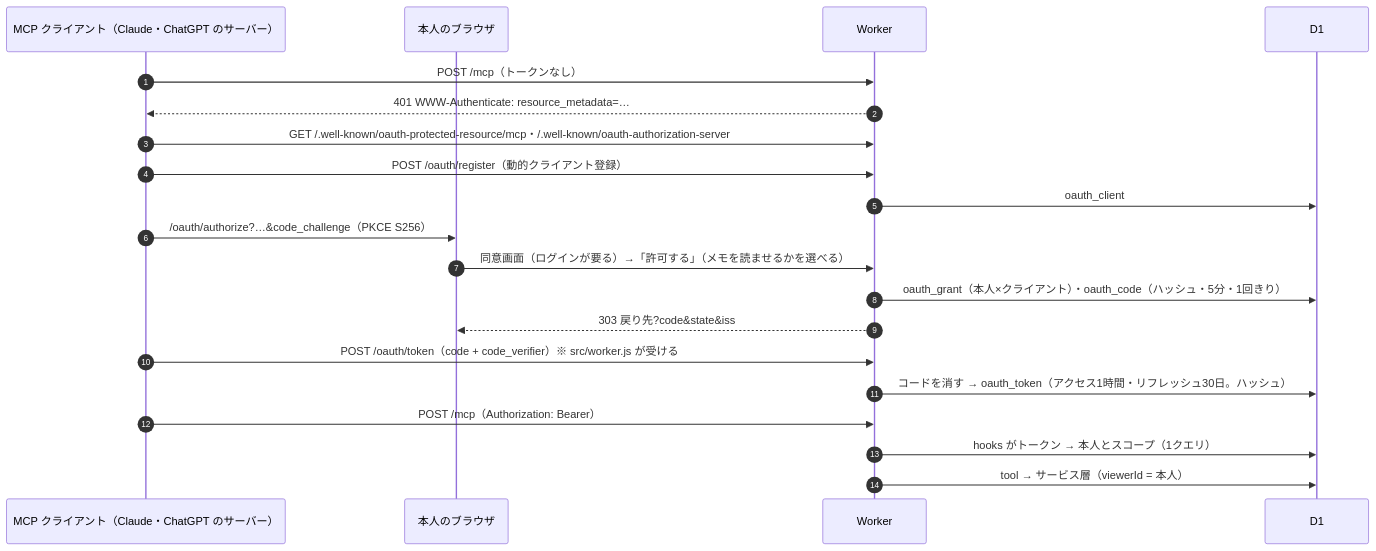
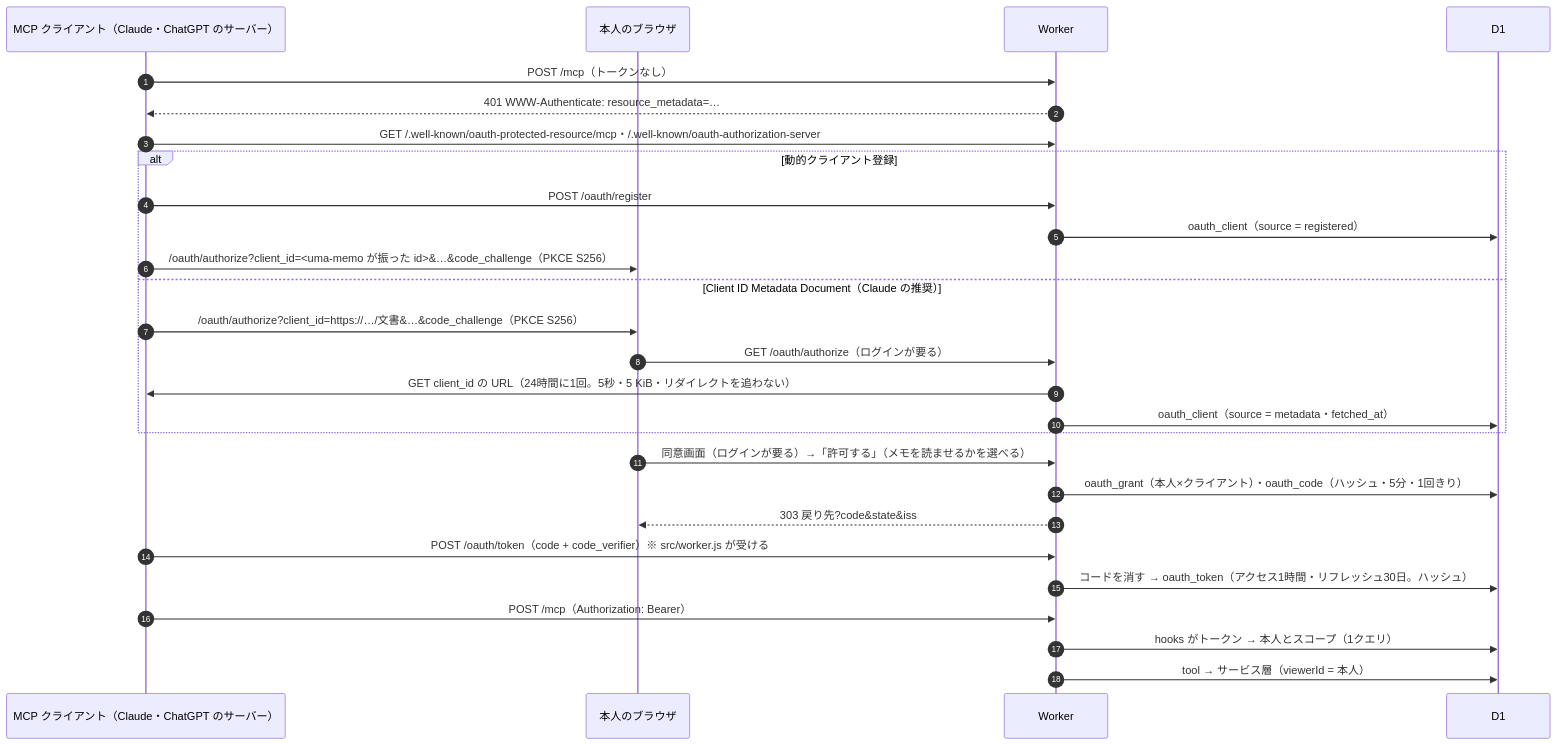
The ninth of 12 diagrams in docs/architecture.md (Atoyr/keiba-note), drawn with Mermaid before and after one commit. The commit also changed other lines of this file and 2 other files, not shown here.

First line of the commit message:
docs: Client ID Metadata Document の経路と例外を文書に足す

````diff
--- a/docs/architecture.md
+++ b/docs/architecture.md
@@ -647,23 +653,30 @@
 ```mermaid
 sequenceDiagram
     autonumber
     participant C as MCP クライアント（Claude・ChatGPT のサーバー）
     participant B as 本人のブラウザ
     participant W as Worker
     participant D as D1
 
     C->>W: POST /mcp（トークンなし）
     W-->>C: 401 WWW-Authenticate: resource_metadata=…
     C->>W: GET /.well-known/oauth-protected-resource/mcp・/.well-known/oauth-authorization-server
-    C->>W: POST /oauth/register（動的クライアント登録）
-    W->>D: oauth_client
-    C->>B: /oauth/authorize?…&code_challenge（PKCE S256）
+    alt 動的クライアント登録
+        C->>W: POST /oauth/register
+        W->>D: oauth_client（source = registered）
+        C->>B: /oauth/authorize?client_id=<uma-memo が振った id>&…&code_challenge（PKCE S256）
+    else Client ID Metadata Document（Claude の推奨）
+        C->>B: /oauth/authorize?client_id=https://…/文書&…&code_challenge（PKCE S256）
+        B->>W: GET /oauth/authorize（ログインが要る）
+        W->>C: GET client_id の URL（24時間に1回。5秒・5 KiB・リダイレクトを追わない）
+        W->>D: oauth_client（source = metadata・fetched_at）
+    end
     B->>W: 同意画面（ログインが要る）→「許可する」（メモを読ませるかを選べる）
     W->>D: oauth_grant（本人×クライアント）・oauth_code（ハッシュ・5分・1回きり）
     W-->>B: 303 戻り先?code&state&iss
     C->>W: POST /oauth/token（code + code_verifier）※ src/worker.js が受ける
     W->>D: コードを消す → oauth_token（アクセス1時間・リフレッシュ30日。ハッシュ）
     C->>W: POST /mcp（Authorization: Bearer）
     W->>D: hooks がトークン → 本人とスコープ（1クエリ）
     W->>D: tool → サービス層（viewerId = 本人）
 ```
````
